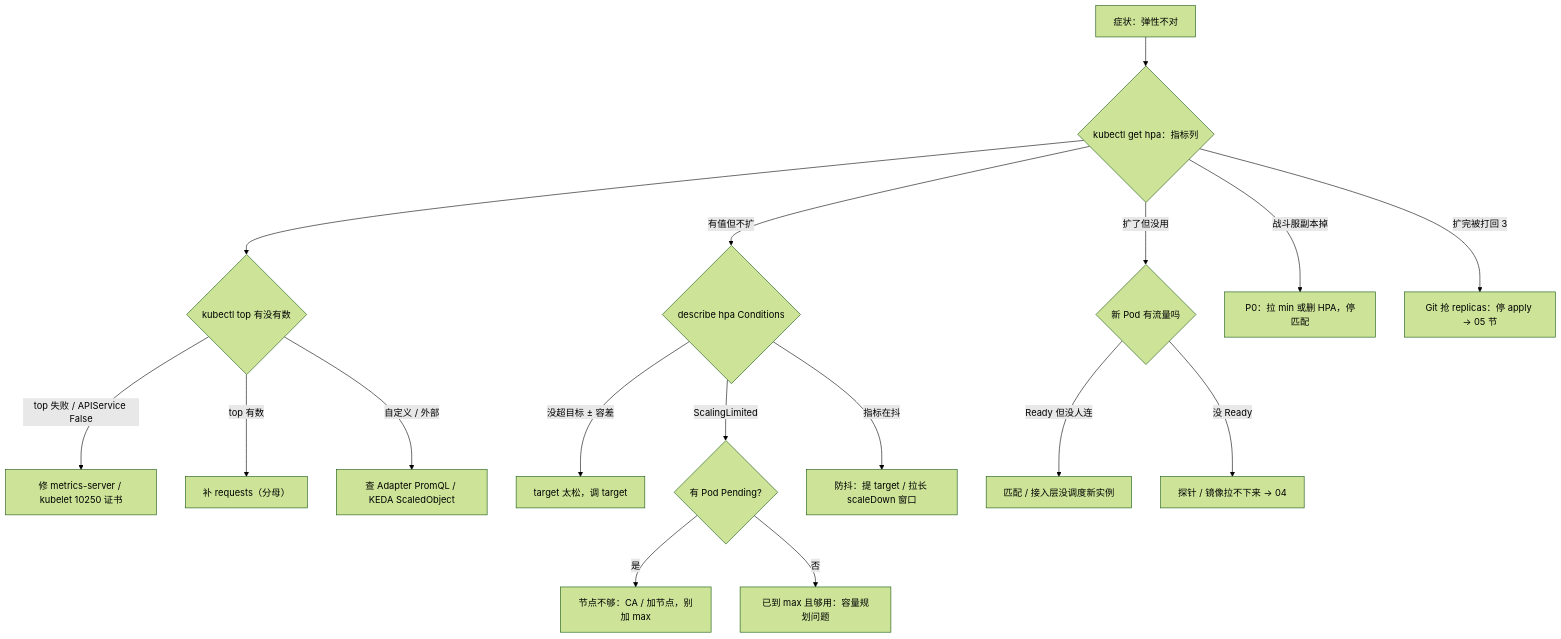
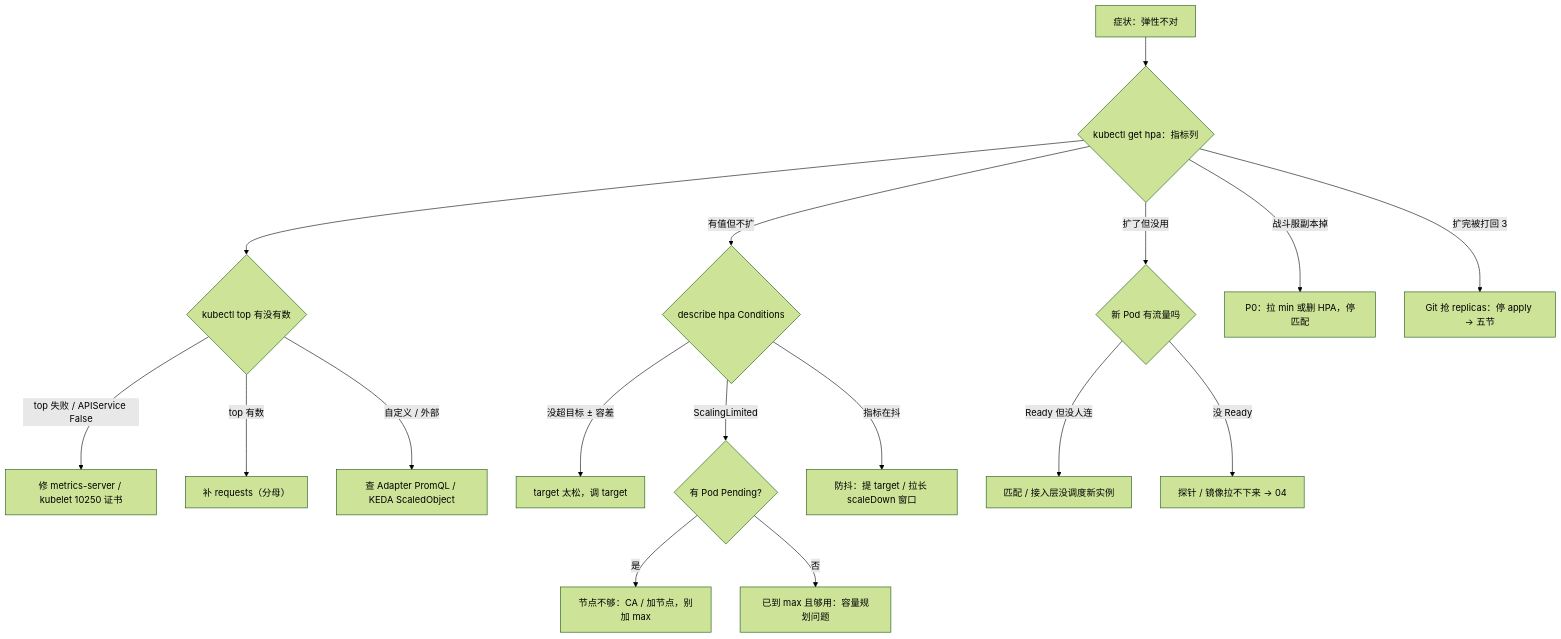
Before and after one commit to ml-cuizijun/LearnToLilith: the fifth of 5 diagrams in 03-Kubernetes/07-弹性伸缩/知识点.md, drawn with Mermaid (forest theme). The commit also changed other lines of this file and 178 other files, not shown here.

````diff
--- a/03-Kubernetes/07-弹性伸缩/知识点.md
+++ b/03-Kubernetes/07-弹性伸缩/知识点.md
@@ -457,19 +511,19 @@
 ```mermaid
 flowchart TB
     A["症状：弹性不对"] --> B{"kubectl get hpa：指标列"}
     B -->|"<unknown>"| U{"kubectl top 有没有数"}
     U -->|top 失败 / APIService False| U1["修 metrics-server / kubelet 10250 证书"]
     U -->|top 有数| U2["补 requests（分母）"]
     U -->|自定义 / 外部| U3["查 Adapter PromQL / KEDA ScaledObject"]
     B -->|有值但不扩| C{"describe hpa Conditions"}
     C -->|没超目标 ± 容差| C1["target 太松，调 target"]
     C -->|ScalingLimited| C2{"有 Pod Pending?"}
     C2 -->|是| C3["节点不够：CA / 加节点，别加 max"]
     C2 -->|否| C4["已到 max 且够用：容量规划问题"]
     C -->|指标在抖| C5["防抖：提 target / 拉长 scaleDown 窗口"]
     B -->|扩了但没用| D{"新 Pod 有流量吗"}
     D -->|Ready 但没人连| D1["匹配 / 接入层没调度新实例"]
     D -->|没 Ready| D2["探针 / 镜像拉不下来 → 04"]
     B -->|战斗服副本掉| E["P0：拉 min 或删 HPA，停匹配"]
-    B -->|扩完被打回 3| F["Git 抢 replicas：停 apply → 05 节"]
+    B -->|扩完被打回 3| F["Git 抢 replicas：停 apply → 五节"]
 ```
````
